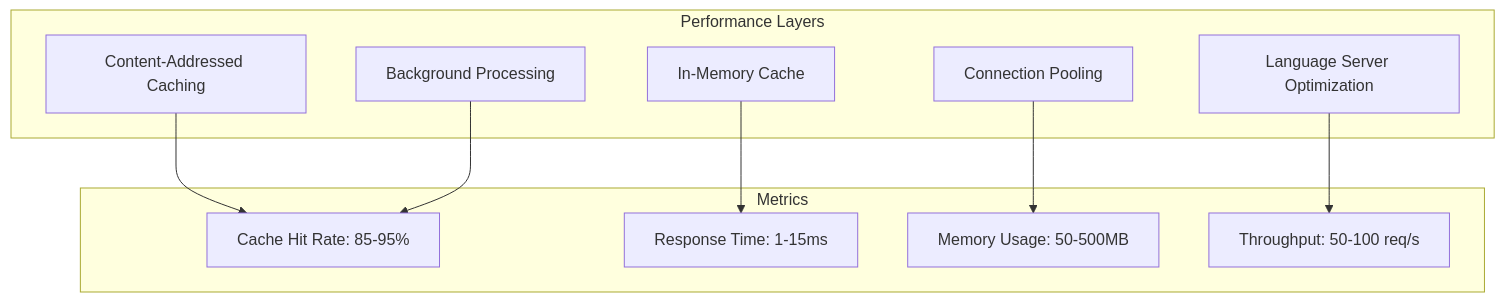
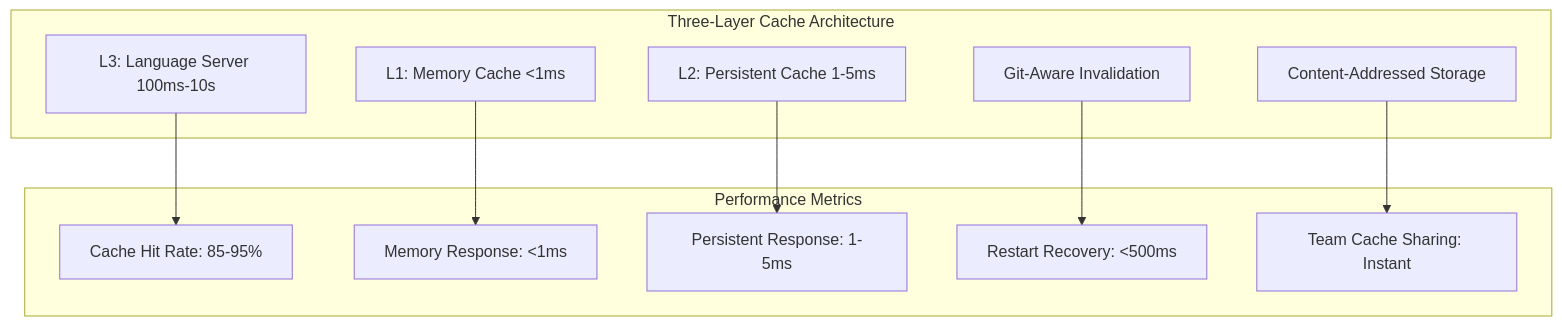
The diagram in site/indexing-performance.md (probelabs/probe), drawn with Mermaid before and after one commit. The commit also changed other lines of this file and 29 other files, not shown here.

First line of the commit message:
feat(lsp): implement persistent cache with three-layer architecture

````diff
--- a/site/indexing-performance.md
+++ b/site/indexing-performance.md
@@ -14,23 +14,24 @@
 ```mermaid
 graph TB
-    subgraph "Performance Layers"
-        A[Content-Addressed Caching]
-        B[In-Memory Cache]
-        C[Connection Pooling]
-        D[Language Server Optimization]
-        E[Background Processing]
+    subgraph "Three-Layer Cache Architecture"
+        A[L1: Memory Cache <1ms]
+        B[L2: Persistent Cache 1-5ms]
+        C[L3: Language Server 100ms-10s]
+        D[Git-Aware Invalidation]
+        E[Content-Addressed Storage]
     end
     
-    subgraph "Metrics"
+    subgraph "Performance Metrics"
         F[Cache Hit Rate: 85-95%]
-        G[Response Time: 1-15ms]
-        H[Memory Usage: 50-500MB]
-        I[Throughput: 50-100 req/s]
+        G[Memory Response: <1ms]
+        H[Persistent Response: 1-5ms]
+        I[Restart Recovery: <500ms]
+        J[Team Cache Sharing: Instant]
     end
     
-    A --> F
-    B --> G
-    C --> H
+    A --> G
+    B --> H
+    C --> F
     D --> I
-    E --> F
+    E --> J
 ```
````
